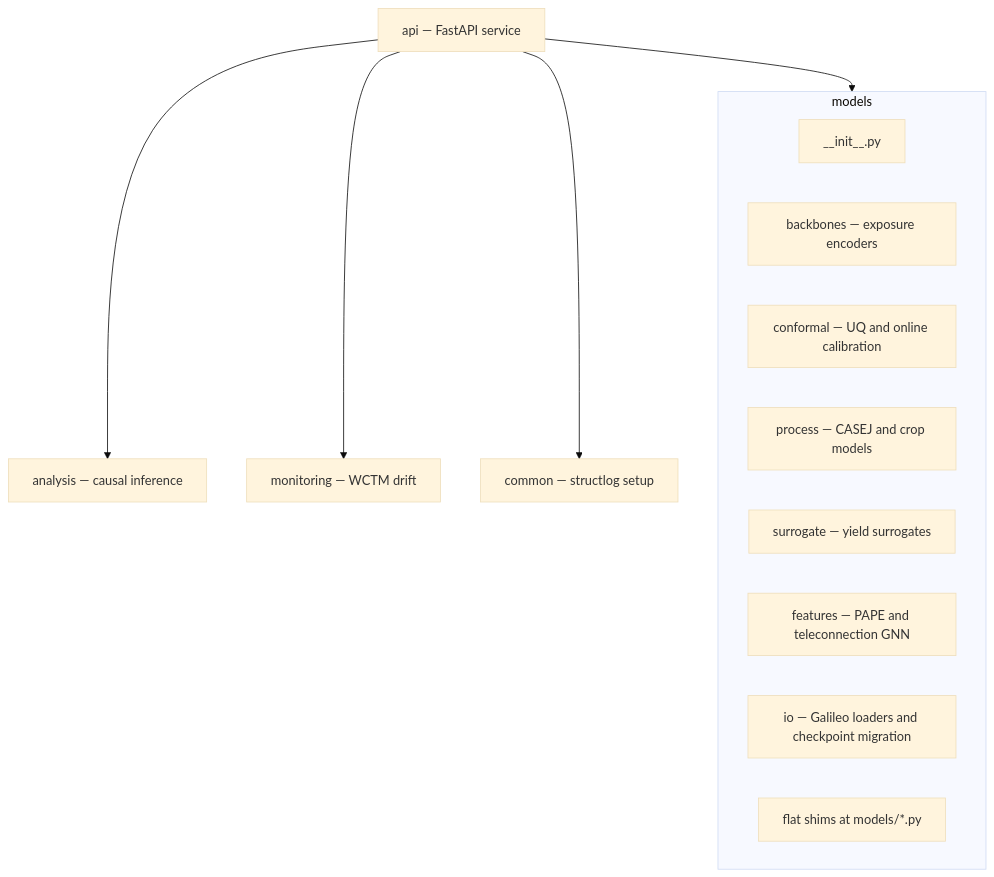
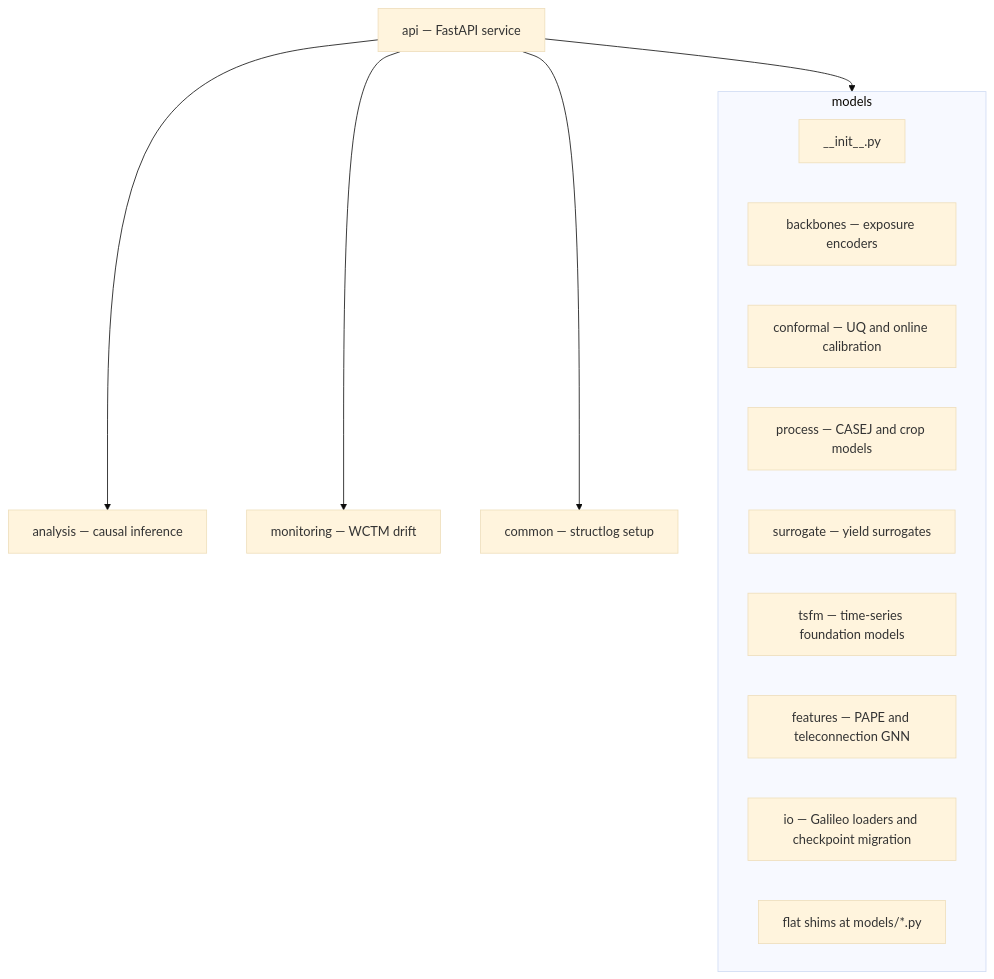
The diagram in docs/ARCHITECTURE.md (Resilient-World/cocoa-model), drawn with Mermaid (base theme) before and after one commit. The commit also changed other lines of this file and 21 other files, not shown here.

Commit message:
feat(models): add TSFM (time-series foundation model) subpackage

````diff
--- a/docs/ARCHITECTURE.md
+++ b/docs/ARCHITECTURE.md
@@ -7,21 +7,22 @@
 ```mermaid
 flowchart TB
   subgraph models_pkg [models]
     init[__init__.py]
     backbones[backbones — exposure encoders]
     conformal_pkg[conformal — UQ and online calibration]
     process[process — CASEJ and crop models]
     surrogate[surrogate — yield surrogates]
+    tsfm[tsfm — time-series foundation models]
     features[features — PAPE and teleconnection GNN]
     io[io — Galileo loaders and checkpoint migration]
     shims[flat shims at models/*.py]
   end
   api[api — FastAPI service]
   analysis[analysis — causal inference]
   monitoring[monitoring — WCTM drift]
   common[common — structlog setup]
   api --> models_pkg
   api --> analysis
   api --> monitoring
   api --> common
 ```
````
